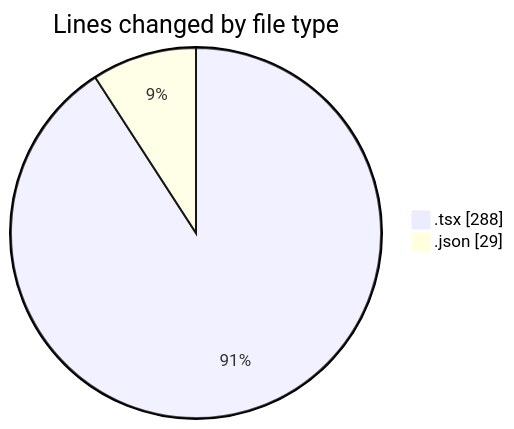
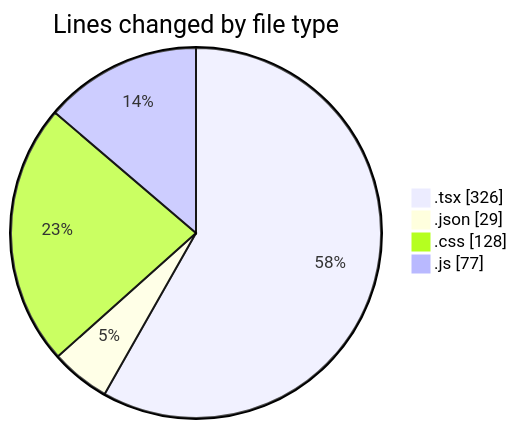
Before and after one commit to Elitesun/code-tracking: the first of 2 diagrams in 2025-05-15/laala_boost/README.md, drawn with Mermaid. The commit also changed other lines of this file and 1 other file, not shown here.

````diff
--- a/2025-05-15/laala_boost/README.md
+++ b/2025-05-15/laala_boost/README.md
@@ -21,6 +23,8 @@
 ```mermaid
 pie showData
 title Lines changed by file type
-".tsx" : 288
+".tsx" : 326
 ".json" : 29
+".css" : 128
+".js" : 77
 ```
````
